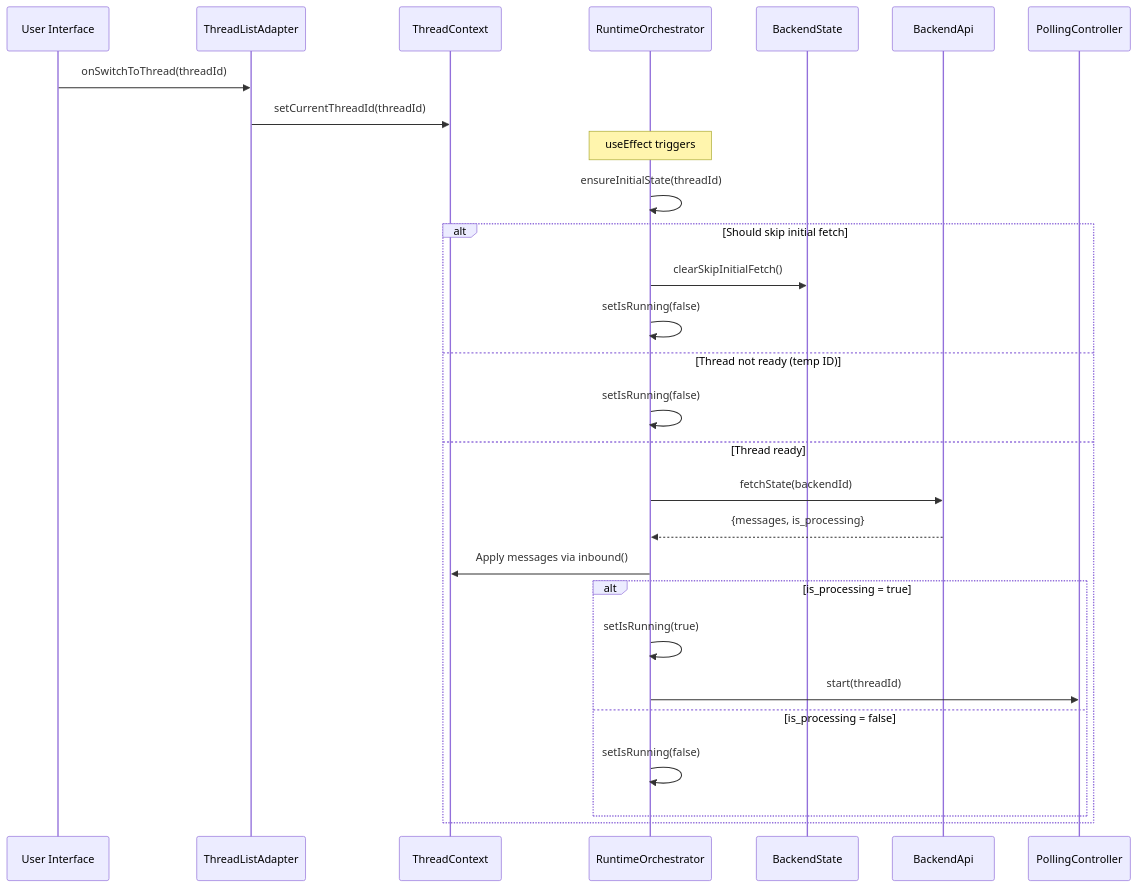
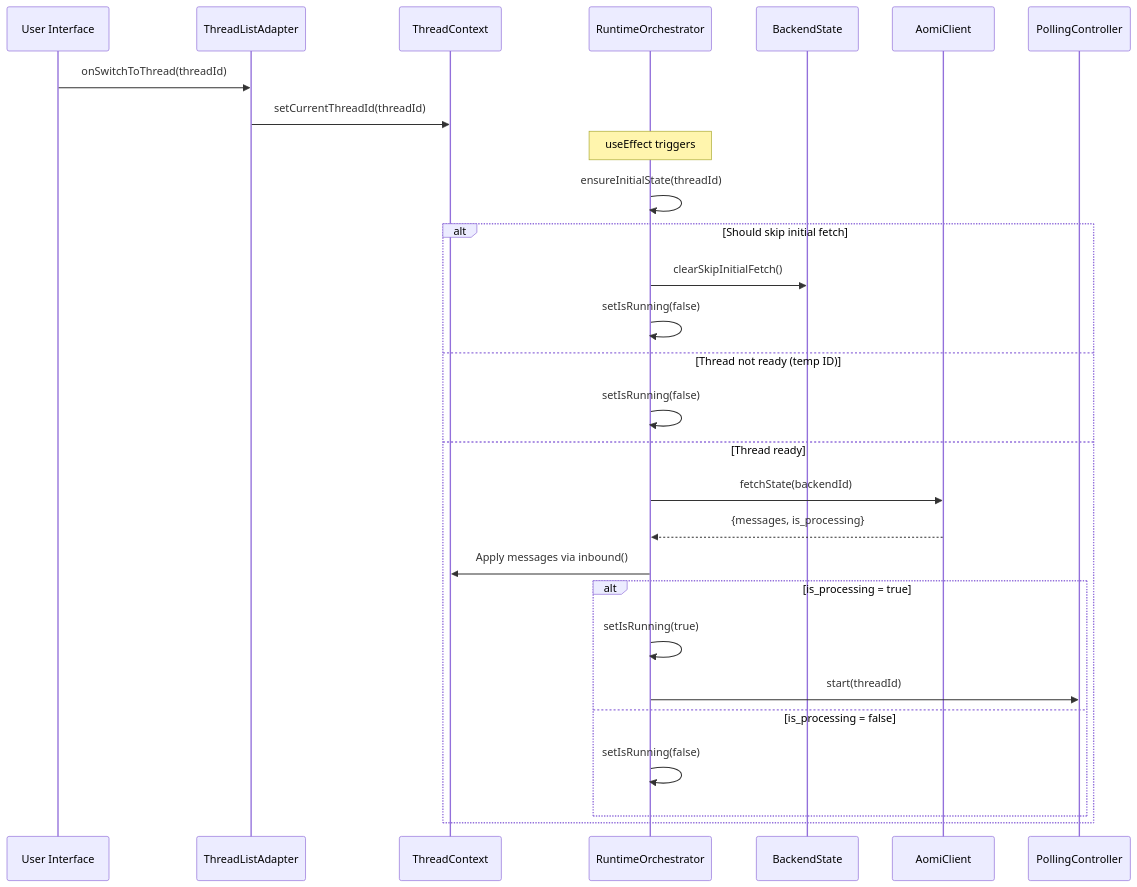
The sixth of 13 diagrams in specs/RUNTIME-ARCH.md (aomi-labs/aomi-widget), drawn with Mermaid before and after one commit. The commit also changed other lines of this file and 30 other files, not shown here.

Commit message:
use aomiClient across the repo

````diff
--- a/specs/RUNTIME-ARCH.md
+++ b/specs/RUNTIME-ARCH.md
@@ -234,34 +234,34 @@
 ```mermaid
 sequenceDiagram
     participant UI as User Interface
     participant TLA as ThreadListAdapter
     participant TC as ThreadContext
     participant RO as RuntimeOrchestrator
     participant BS as BackendState
-    participant API as BackendApi
+    participant API as AomiClient
     participant PC as PollingController
 
     UI->>TLA: onSwitchToThread(threadId)
     TLA->>TC: setCurrentThreadId(threadId)
 
     Note over RO: useEffect triggers
     RO->>RO: ensureInitialState(threadId)
 
     alt Should skip initial fetch
         RO->>BS: clearSkipInitialFetch()
         RO->>RO: setIsRunning(false)
     else Thread not ready (temp ID)
         RO->>RO: setIsRunning(false)
     else Thread ready
         RO->>API: fetchState(backendId)
         API-->>RO: {messages, is_processing}
         RO->>TC: Apply messages via inbound()
 
         alt is_processing = true
             RO->>RO: setIsRunning(true)
             RO->>PC: start(threadId)
         else is_processing = false
             RO->>RO: setIsRunning(false)
         end
     end
 ```
````
